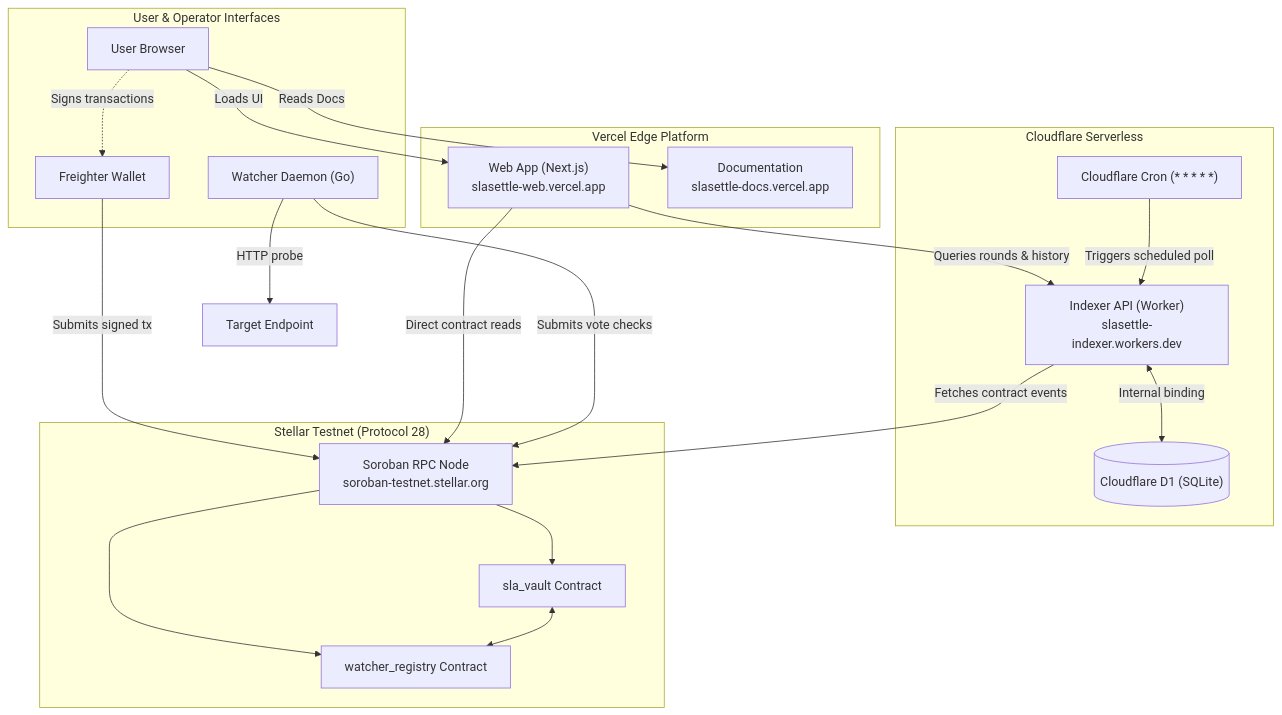
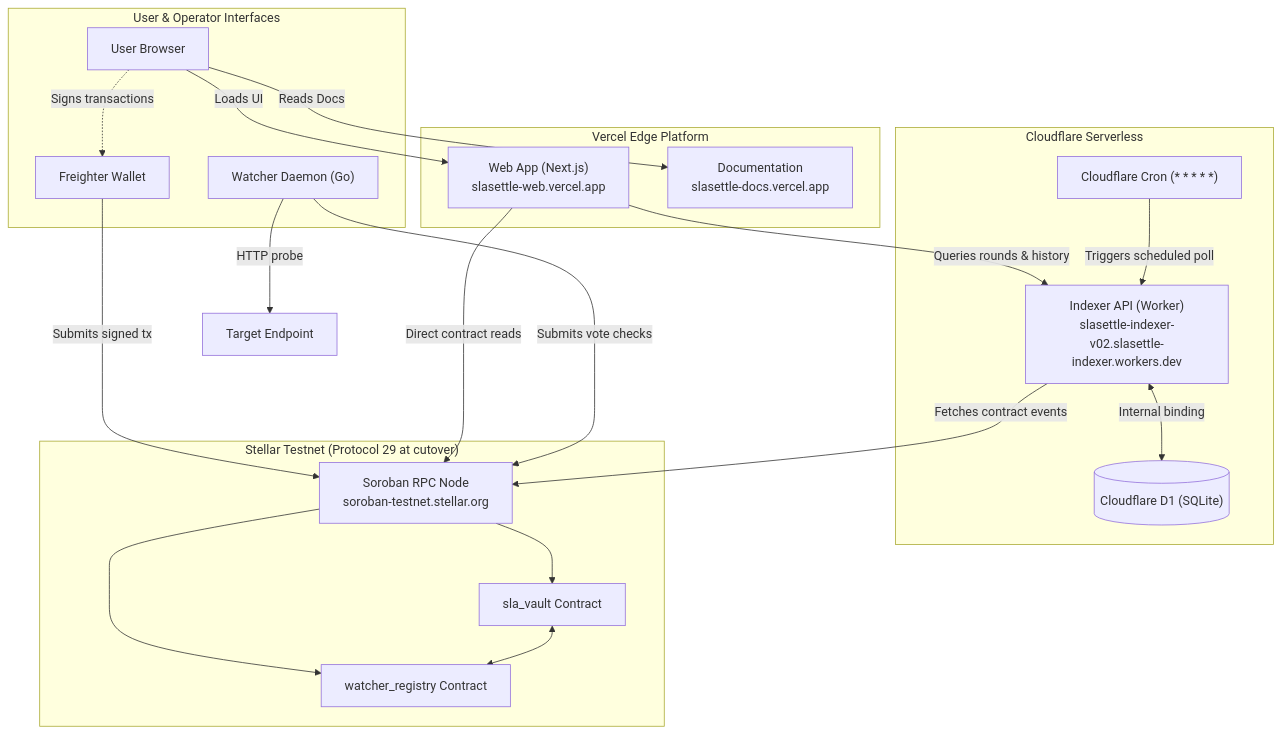
Before and after one commit to SLASettleHQ/slasettle-hub: the diagram in README.md, drawn with Mermaid. The commit also changed other lines of this file and 22 other files, not shown here.

````diff
--- a/README.md
+++ b/README.md
@@ -81,44 +82,44 @@
 ```mermaid
 flowchart TD
     subgraph Clients["User & Operator Interfaces"]
         Browser["User Browser"]
         FreighterExt["Freighter Wallet"]
         WatcherNode["Watcher Daemon (Go)"]
     end
 
     subgraph VercelHost["Vercel Edge Platform"]
         WebApp["Web App (Next.js)<br/>slasettle-web.vercel.app"]
         DocsApp["Documentation<br/>slasettle-docs.vercel.app"]
     end
 
     subgraph CloudflarePlatform["Cloudflare Serverless"]
-        IndexerWorker["Indexer API (Worker)<br/>slasettle-indexer.workers.dev"]
+        IndexerWorker["Indexer API (Worker)<br/>slasettle-indexer-v02.slasettle-indexer.workers.dev"]
         CronTrigger["Cloudflare Cron (* * * * *)"]
         D1DB[("Cloudflare D1 (SQLite)")]
     end
 
-    subgraph StellarTestnet["Stellar Testnet (Protocol 28)"]
+    subgraph StellarTestnet["Stellar Testnet (Protocol 29 at cutover)"]
         RPCNode["Soroban RPC Node<br/>soroban-testnet.stellar.org"]
         SLAVault["sla_vault Contract"]
         WatcherRegistry["watcher_registry Contract"]
     end
 
     Browser -->|Loads UI| WebApp
     Browser -->|Reads Docs| DocsApp
     Browser -.->|Signs transactions| FreighterExt
     FreighterExt -->|Submits signed tx| RPCNode
 
     WebApp -->|Direct contract reads| RPCNode
     WebApp -->|Queries rounds & history| IndexerWorker
 
     CronTrigger -->|Triggers scheduled poll| IndexerWorker
     IndexerWorker -->|Fetches contract events| RPCNode
     IndexerWorker <-->|Internal binding| D1DB
 
     WatcherNode -->|Submits vote checks| RPCNode
     WatcherNode -->|HTTP probe| TargetEndpoint["Target Endpoint"]
 
     RPCNode --> SLAVault
     RPCNode --> WatcherRegistry
     SLAVault <--> WatcherRegistry
 ```
````
